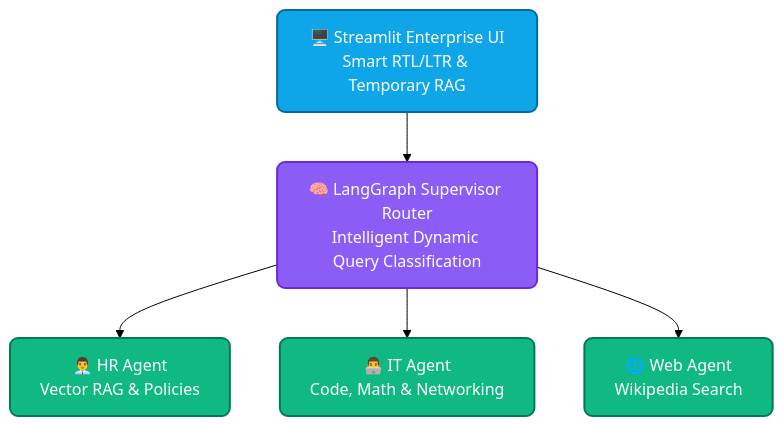
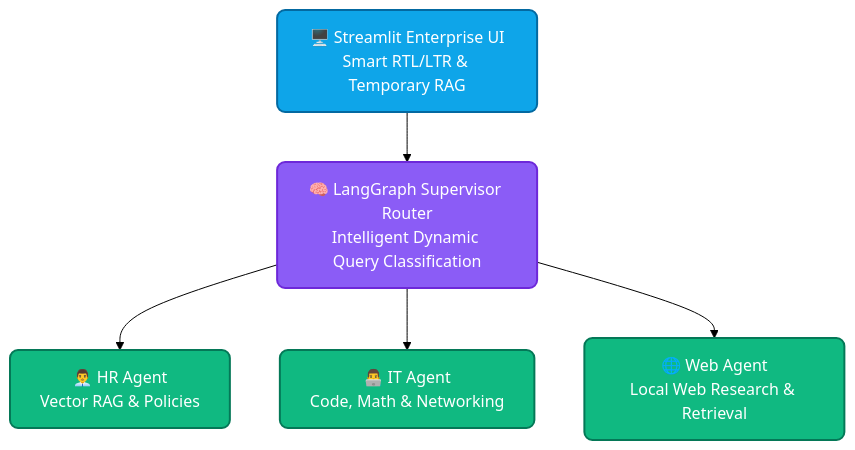
The diagram in README.md (Moayadai/enterprise-multi-agent), drawn with Mermaid (forest theme) before and after one commit. The commit also changed other lines of this file, not shown here.

````diff
--- a/README.md
+++ b/README.md
@@ -11,14 +38,14 @@
 ```mermaid
 graph TD
     %% Styling configurations
     classDef ui fill:#0ea5e9,stroke:#0369a1,stroke-width:2px,color:#fff,rx:8,ry:8;
     classDef supervisor fill:#8b5cf6,stroke:#6d28d9,stroke-width:2px,color:#fff,rx:8,ry:8;
     classDef agent fill:#10b981,stroke:#047857,stroke-width:2px,color:#fff,rx:8,ry:8;
 
     %% Architecture Flow
     UI[🖥️ Streamlit Enterprise UI<br/>Smart RTL/LTR & Temporary RAG]:::ui --> SUPERVISOR[🧠 LangGraph Supervisor Router<br/>Intelligent Dynamic Query Classification]:::supervisor
 
     SUPERVISOR --> HR[👨‍💼 HR Agent<br/>Vector RAG & Policies]:::agent
     SUPERVISOR --> IT[👨‍💻 IT Agent<br/>Code, Math & Networking]:::agent
-    SUPERVISOR --> WEB[🌐 Web Agent<br/>Wikipedia Search]:::agent
+    SUPERVISOR --> WEB[🌐 Web Agent<br/>Local Web Research & Retrieval]:::agent
 ```
````
